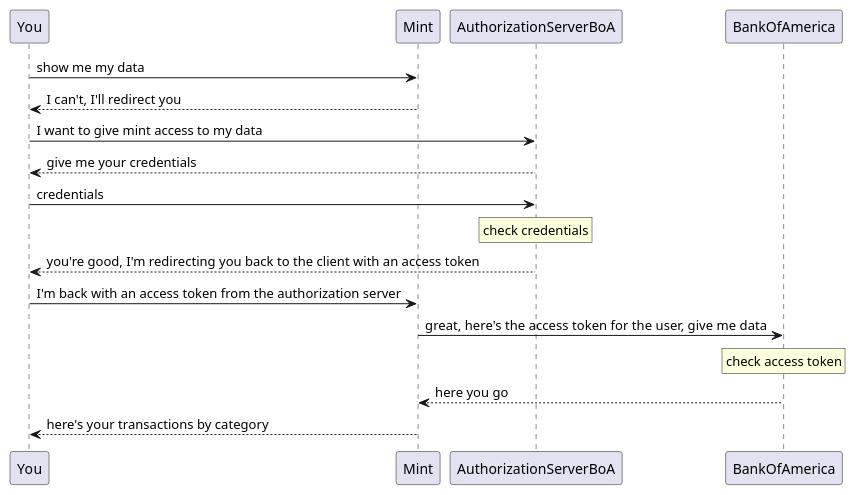
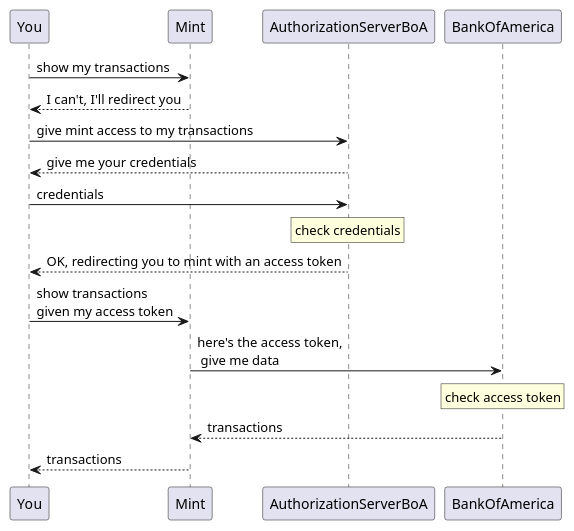
Before and after one commit to sheymans/elementsOf: the diagram in oauth2/images/access_token_only_mint.puml, drawn with PlantUML. The commit also changed 8 other files, not shown here.

```diff
--- a/oauth2/images/access_token_only_mint.puml
+++ b/oauth2/images/access_token_only_mint.puml
@@ -1,18 +1,18 @@
 @startuml
-You -> Mint: show me my data
+You -> Mint: show my transactions
 Mint --> You: I can't, I'll redirect you
-You -> AuthorizationServerBoA: I want to give mint access to my data
+You -> AuthorizationServerBoA: give mint access to my transactions
 AuthorizationServerBoA --> You: give me your credentials
 You -> AuthorizationServerBoA: credentials
 rnote over AuthorizationServerBoA
   check credentials
 endrnote
-AuthorizationServerBoA --> You: you're good, I'm redirecting you back to the client with an access token
-You -> Mint: I'm back with an access token from the authorization server
-Mint -> BankOfAmerica: great, here's the access token for the user, give me data
+AuthorizationServerBoA --> You: OK, redirecting you to mint with an access token
+You -> Mint: show transactions \ngiven my access token
+Mint -> BankOfAmerica: here's the access token,\n give me data
 rnote over BankOfAmerica
   check access token
 endrnote
-BankOfAmerica --> Mint: here you go
-Mint --> You: here's your transactions by category
+BankOfAmerica --> Mint: transactions
+Mint --> You: transactions
 @enduml
```
